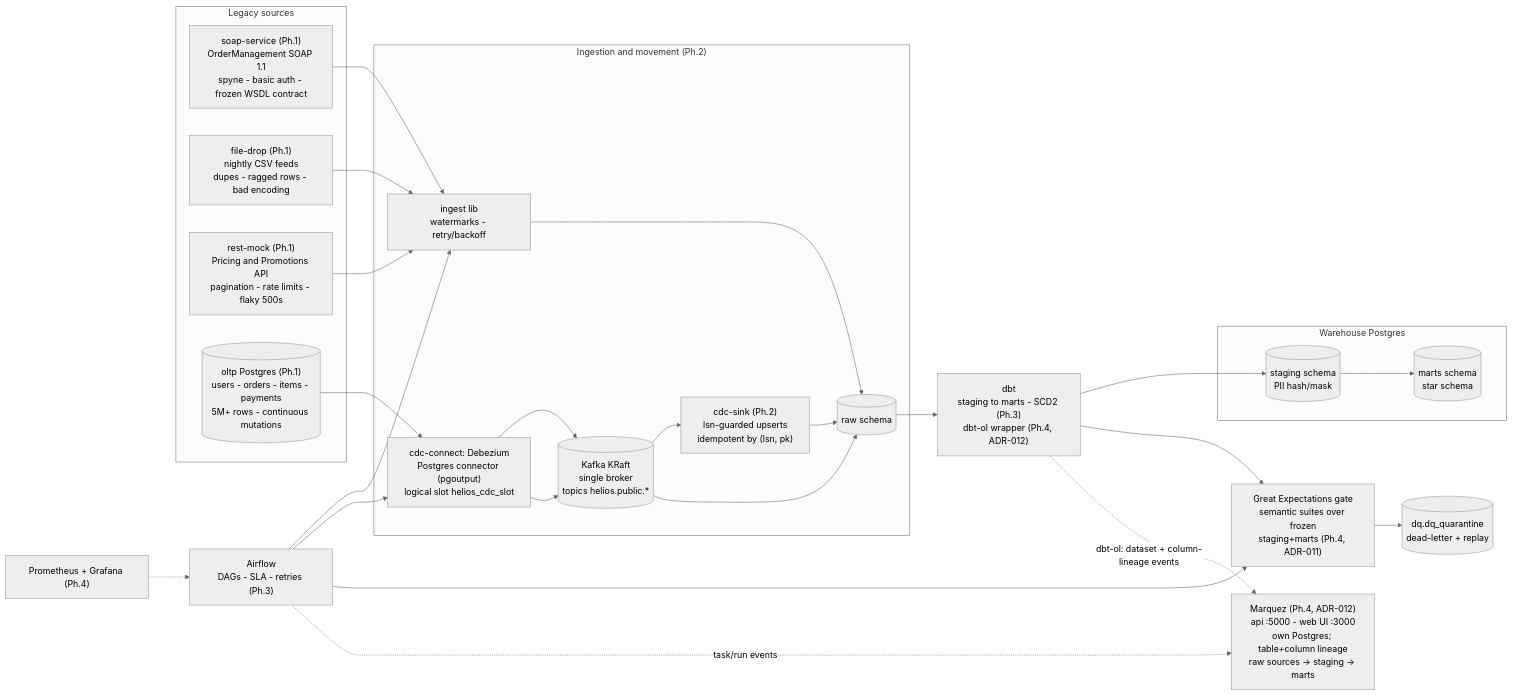
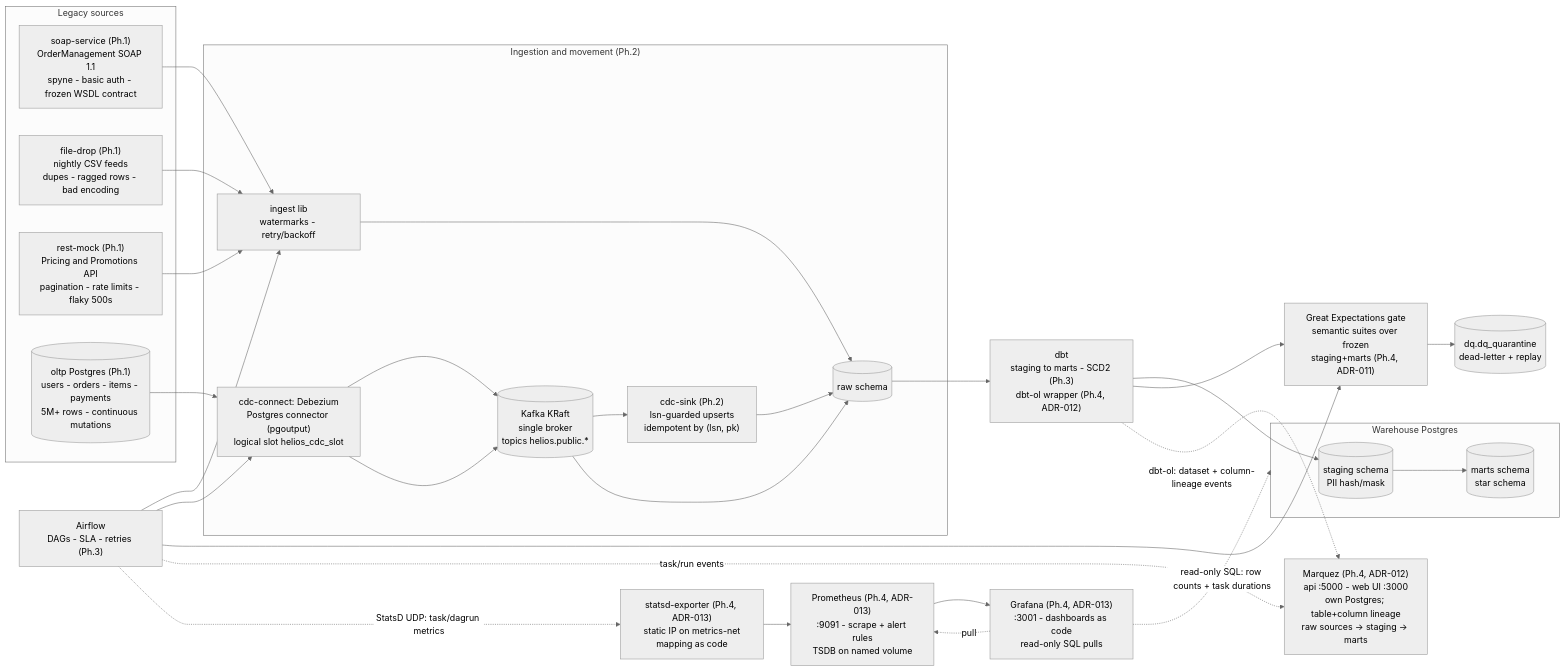
The diagram in README.md (xenoaitham/helios), drawn with Mermaid (neutral theme) before and after one commit. The commit also changed other lines of this file and 16 other files, not shown here.

````diff
--- a/README.md
+++ b/README.md
@@ -75,45 +104,51 @@
 ```mermaid
 flowchart LR
     subgraph SRC["Legacy sources"]
         SOAP["soap-service (Ph.1)<br/>OrderManagement SOAP 1.1<br/>spyne - basic auth - frozen WSDL contract"]
         FF["file-drop (Ph.1)<br/>nightly CSV feeds<br/>dupes - ragged rows - bad encoding"]
         REST["rest-mock (Ph.1)<br/>Pricing and Promotions API<br/>pagination - rate limits - flaky 500s"]
         OLTP[("oltp Postgres (Ph.1)<br/>users - orders - items - payments<br/>5M+ rows - continuous mutations")]
     end
 
     subgraph MOVE["Ingestion and movement (Ph.2)"]
         DEB["cdc-connect: Debezium<br/>Postgres connector (pgoutput)<br/>logical slot helios_cdc_slot"]
         KAFKA[("Kafka KRaft<br/>single broker<br/>topics helios.public.*")]
         SINK["cdc-sink (Ph.2)<br/>lsn-guarded upserts<br/>idempotent by (lsn, pk)"]
         ING["ingest lib<br/>watermarks - retry/backoff"]
         DEB --> KAFKA --> SINK --> RAW
     end
 
     subgraph WH["Warehouse Postgres"]
         RAW[("raw schema")]
         STG[("staging schema<br/>PII hash/mask")]
         MART[("marts schema<br/>star schema")]
     end
 
     ORCH["Airflow<br/>DAGs - SLA - retries (Ph.3)"]
     DBT["dbt<br/>staging to marts - SCD2 (Ph.3)<br/>dbt-ol wrapper (Ph.4, ADR-012)"]
     GE["Great Expectations gate<br/>semantic suites over frozen<br/>staging+marts (Ph.4, ADR-011)"]
     DQ[("dq.dq_quarantine<br/>dead-letter + replay")]
     LIN["Marquez (Ph.4, ADR-012)<br/>api :5000 - web UI :3000<br/>own Postgres; table+column lineage<br/>raw sources → staging → marts"]
-    PROM["Prometheus + Grafana (Ph.4)"]
+    SD["statsd-exporter (Ph.4, ADR-013)<br/>static IP on metrics-net<br/>mapping as code"]
+    PROM["Prometheus (Ph.4, ADR-013)<br/>:9091 - scrape + alert rules<br/>TSDB on named volume"]
+    GRAF["Grafana (Ph.4, ADR-013)<br/>:3001 - dashboards as code<br/>read-only SQL pulls"]
 
     SOAP --> ING
     FF --> ING
     REST --> ING
     ING --> RAW
     OLTP --> DEB --> KAFKA --> RAW
     ORCH --> ING
     ORCH --> DEB
     RAW --> DBT --> STG --> MART
     DBT --> GE
     GE --> DQ
     ORCH --> GE
     ORCH -.->|task/run events| LIN
     DBT -.->|dbt-ol: dataset + column-lineage events| LIN
-    PROM -.-> ORCH
+    ORCH -.->|StatsD UDP: task/dagrun metrics| SD
+    SD --> PROM
+    PROM --> GRAF
+    GRAF -.->|read-only SQL: row counts + task durations| WH
+    GRAF -.->|pull| PROM
 ```
````
